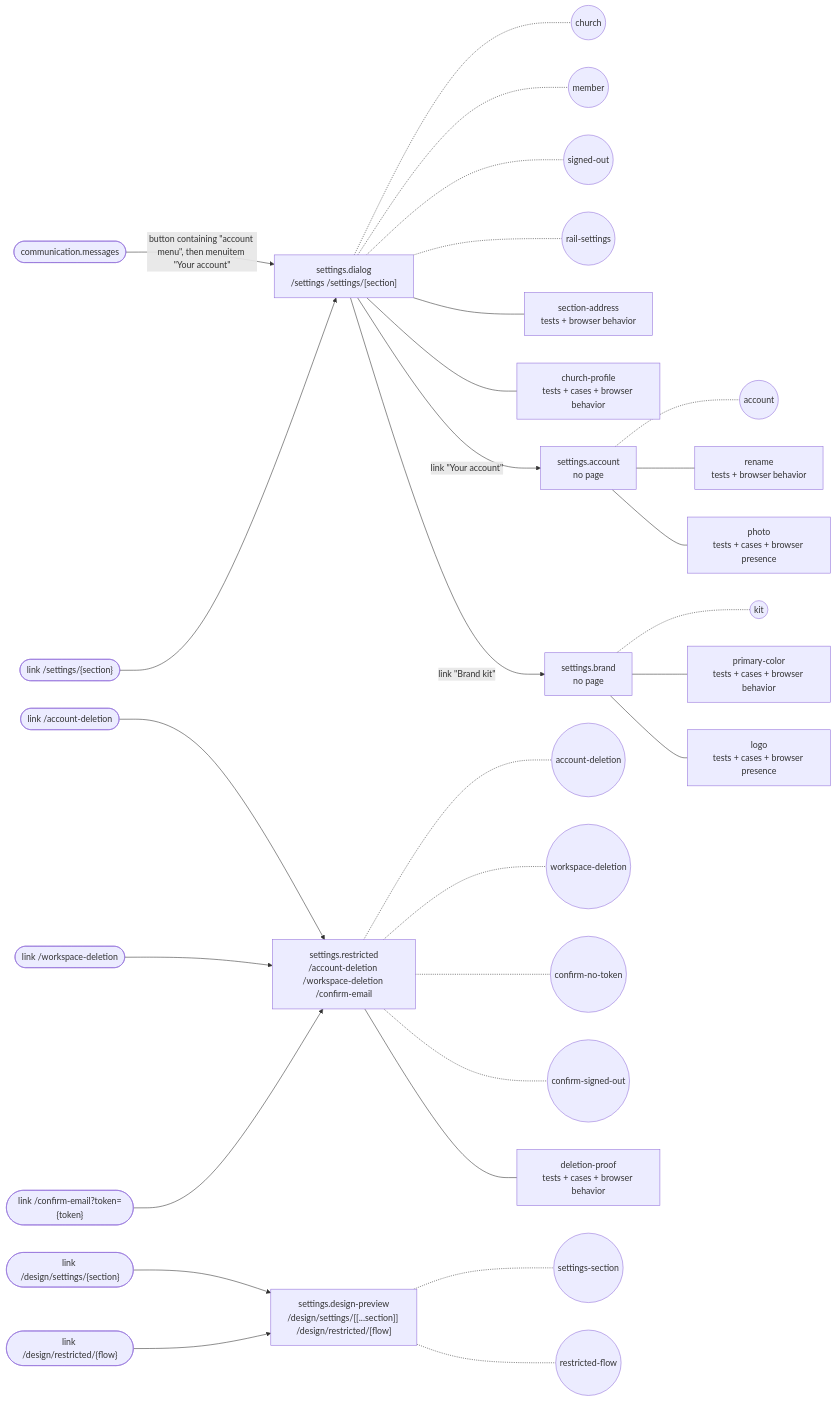
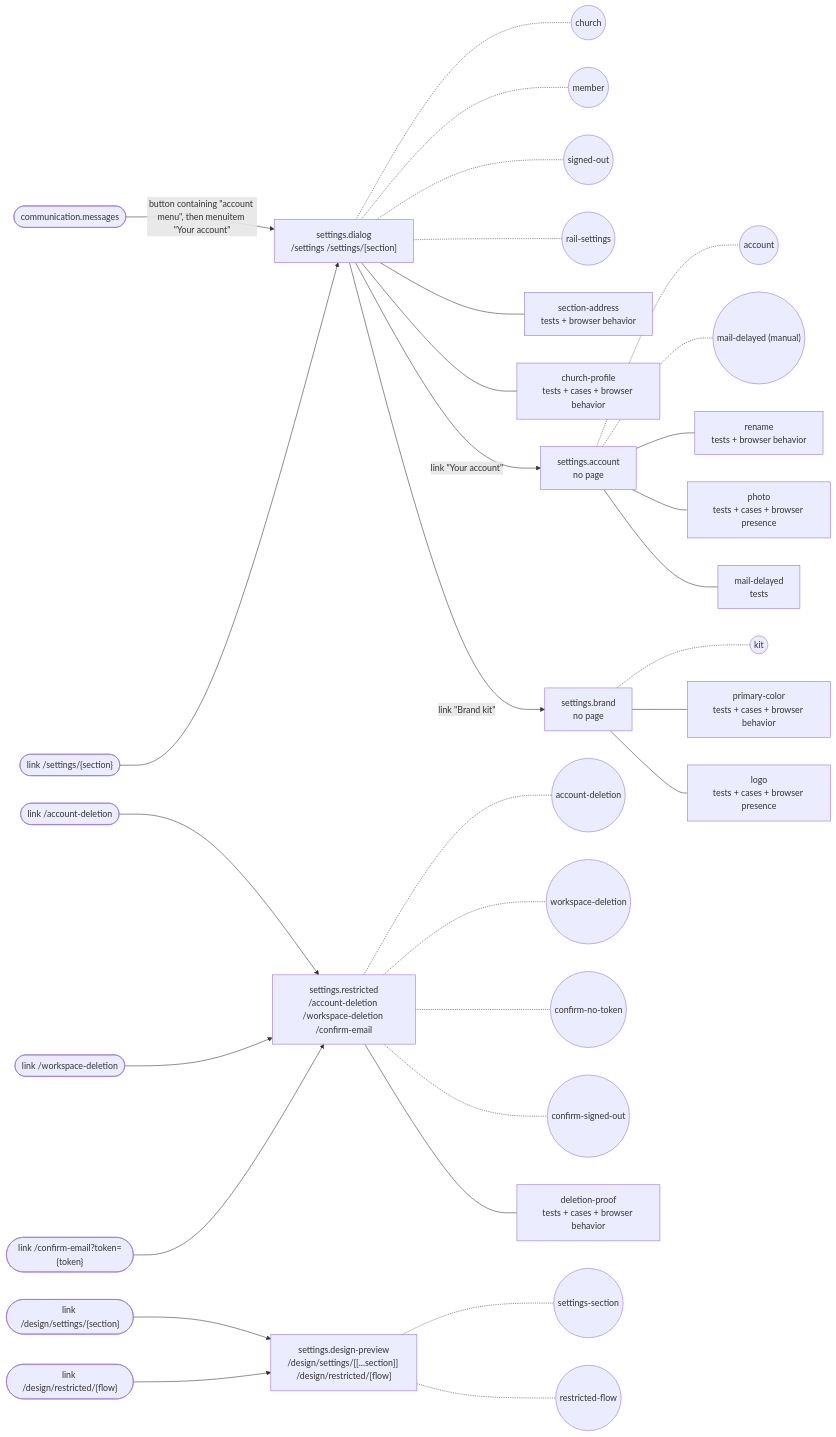
One commit to SebastianGarces/everyfield changed the diagram in docs/feature-maps/settings.md. Above: the diagram before and after it, drawn with Mermaid. The commit also changed other lines of this file and 47 other files, not shown here.

First line of the commit message:
When mail is off, identity and notification flows (password reset, email verification, email change, seat and relationsh

````diff
--- a/docs/feature-maps/settings.md
+++ b/docs/feature-maps/settings.md
@@ -6,43 +6,45 @@
 ```mermaid
 flowchart LR
   s0_link1(["link /settings/{section}"])
   s3_link0(["link /account-deletion"])
   s3_link1(["link /workspace-deletion"])
   s3_link2(["link /confirm-email?token={token}"])
   s4_link0(["link /design/settings/{section}"])
   s4_link1(["link /design/restricted/{flow}"])
   x_communication_messages(["communication.messages"])
   s0["settings.dialog<br/>/settings /settings/[section]"]
   x_communication_messages -- "button containing #quot;account menu#quot;, then menuitem #quot;Your account#quot;" --> s0
   s0_link1 --> s0
   s0 -.- s0_st0(("church"))
   s0 -.- s0_st1(("member"))
   s0 -.- s0_st2(("signed-out"))
   s0 -.- s0_st3(("rail-settings"))
   s0 --- s0_b0["section-address<br/>tests + browser behavior"]
   s0 --- s0_b1["church-profile<br/>tests + cases + browser behavior"]
   s1["settings.account<br/>no page"]
   s0 -- "link #quot;Your account#quot;" --> s1
   s1 -.- s1_st0(("account"))
+  s1 -.- s1_st1(("mail-delayed (manual)"))
   s1 --- s1_b0["rename<br/>tests + browser behavior"]
   s1 --- s1_b1["photo<br/>tests + cases + browser presence"]
+  s1 --- s1_b2["mail-delayed<br/>tests"]
   s2["settings.brand<br/>no page"]
   s0 -- "link #quot;Brand kit#quot;" --> s2
   s2 -.- s2_st0(("kit"))
   s2 --- s2_b0["primary-color<br/>tests + cases + browser behavior"]
   s2 --- s2_b1["logo<br/>tests + cases + browser presence"]
   s3["settings.restricted<br/>/account-deletion /workspace-deletion /confirm-email"]
   s3_link0 --> s3
   s3_link1 --> s3
   s3_link2 --> s3
   s3 -.- s3_st0(("account-deletion"))
   s3 -.- s3_st1(("workspace-deletion"))
   s3 -.- s3_st2(("confirm-no-token"))
   s3 -.- s3_st3(("confirm-signed-out"))
   s3 --- s3_b0["deletion-proof<br/>tests + cases + browser behavior"]
   s4["settings.design-preview<br/>/design/settings/[[...section]] /design/restricted/[flow]"]
   s4_link0 --> s4
   s4_link1 --> s4
   s4 -.- s4_st0(("settings-section"))
   s4 -.- s4_st1(("restricted-flow"))
 ```
````
